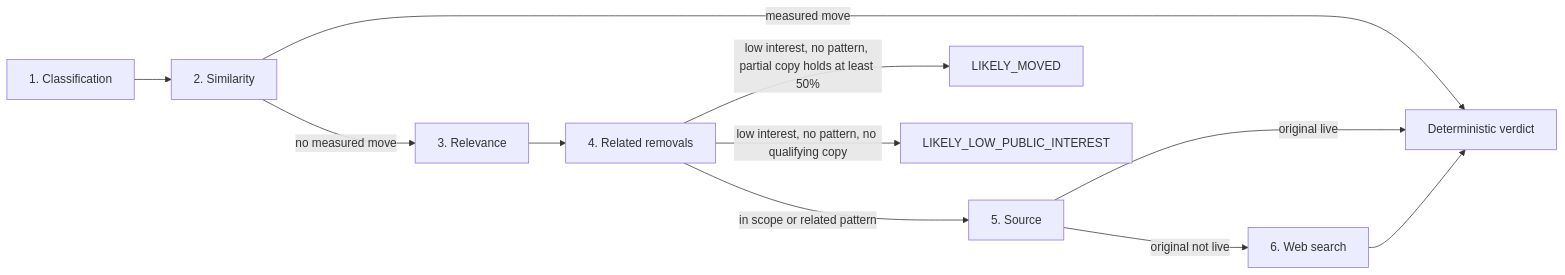
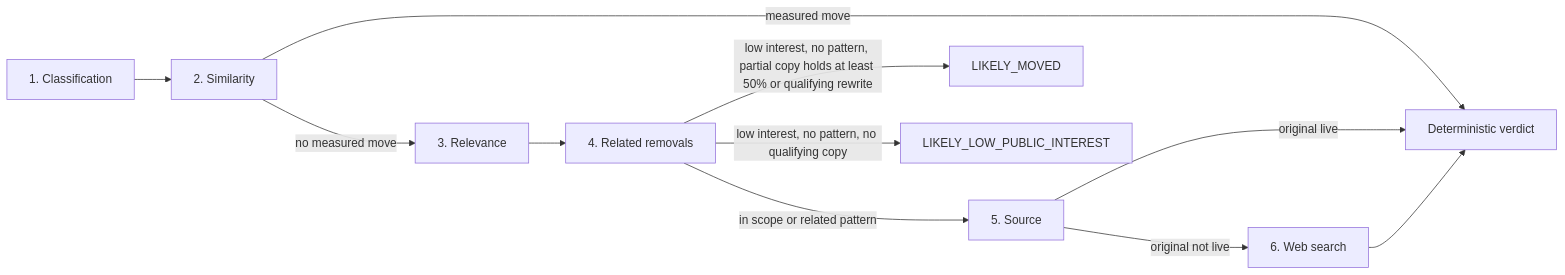
One commit to karakutu-xyz/karakutu-ai-audit changed the second of 2 diagrams in docs/architecture.md. Above: the diagram before and after it, drawn with Mermaid. The commit also changed other lines of this file and 12 other files, not shown here.

````diff
--- a/docs/architecture.md
+++ b/docs/architecture.md
@@ -77,13 +77,13 @@
 ```mermaid
 flowchart LR
     C[1. Classification] --> S[2. Similarity]
     S -->|no measured move| R[3. Relevance]
     R --> RR[4. Related removals]
     RR -->|in scope or related pattern| O[5. Source]
     O -->|original not live| W[6. Web search]
     S -->|measured move| D[Deterministic verdict]
-    RR -->|low interest, no pattern, partial copy holds at least 50%| LM[LIKELY_MOVED]
+    RR -->|low interest, no pattern, partial copy holds at least 50% or qualifying rewrite| LM[LIKELY_MOVED]
     RR -->|low interest, no pattern, no qualifying copy| LI[LIKELY_LOW_PUBLIC_INTEREST]
     O -->|original live| D
     W --> D
 ```
````
